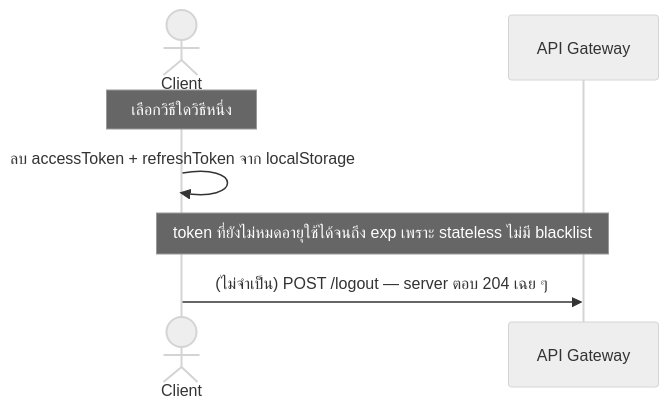
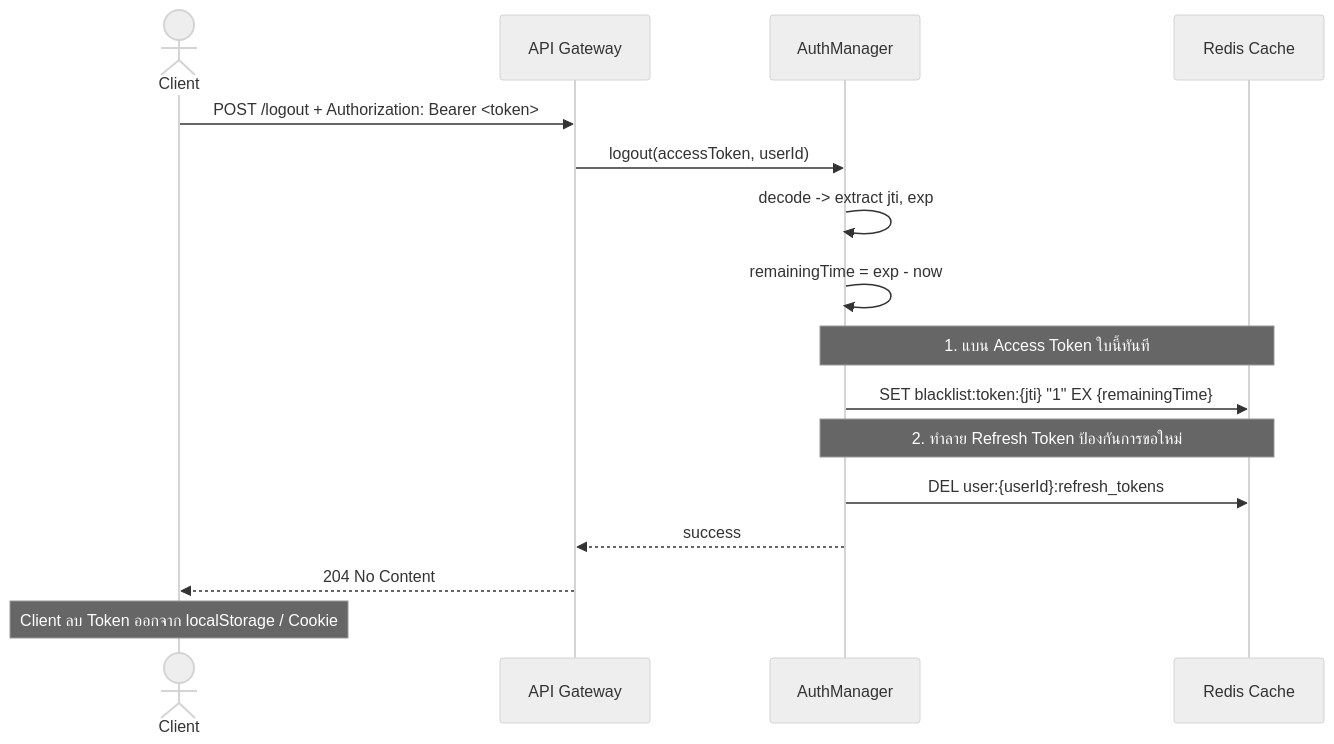
The fourth of 4 diagrams in doc/sequence_02_auth.md (Bank-e/Music-Video-Streaming-Subscription-System), drawn with Mermaid (neutral theme) before and after one commit. The commit also changed other lines of this file, not shown here.

Commit message:
modified:   doc/sequence_02_auth.md

````diff
--- a/doc/sequence_02_auth.md
+++ b/doc/sequence_02_auth.md
@@ -96,10 +142,24 @@
 ```mermaid
 sequenceDiagram
   actor Client
   participant API as API Gateway
+  participant AM as AuthManager
+  participant Cache as Redis Cache
 
-  Note over Client: เลือกวิธีใดวิธีหนึ่ง
-  Client->>Client: ลบ accessToken + refreshToken จาก localStorage
-  Note over Client,API: token ที่ยังไม่หมดอายุใช้ได้จนถึง exp เพราะ stateless ไม่มี blacklist
-  Client->>API: (ไม่จำเป็น) POST /logout — server ตอบ 204 เฉย ๆ
+  Client->>API: POST /logout + Authorization: Bearer <token>
+  API->>AM: logout(accessToken, userId)
+
+  AM->>AM: decode -> extract jti, exp
+  AM->>AM: remainingTime = exp - now
+
+  Note over AM,Cache: 1. แบน Access Token ใบนี้ทันที
+  AM->>Cache: SET blacklist:token:{jti} "1" EX {remainingTime}
+
+  Note over AM,Cache: 2. ทำลาย Refresh Token ป้องกันการขอใหม่
+  AM->>Cache: DEL user:{userId}:refresh_tokens
+
+  AM-->>API: success
+  API-->>Client: 204 No Content
+
+  Note over Client: Client ลบ Token ออกจาก localStorage / Cookie
 ```
````
